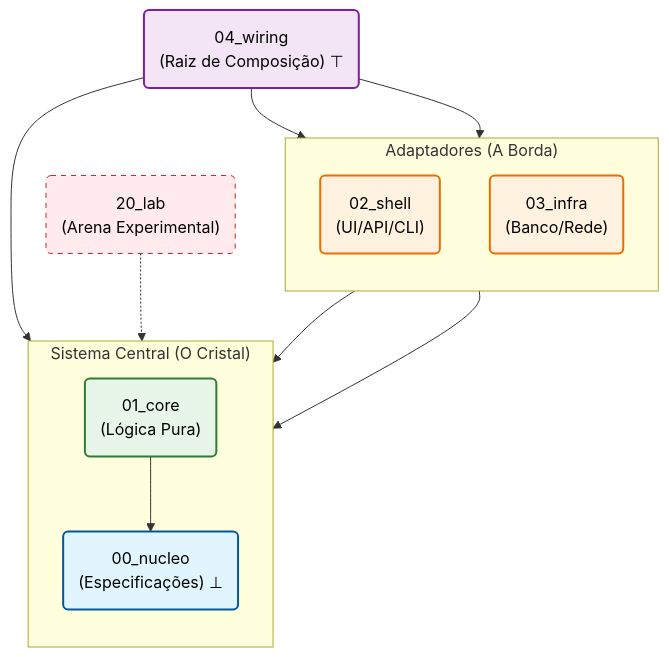
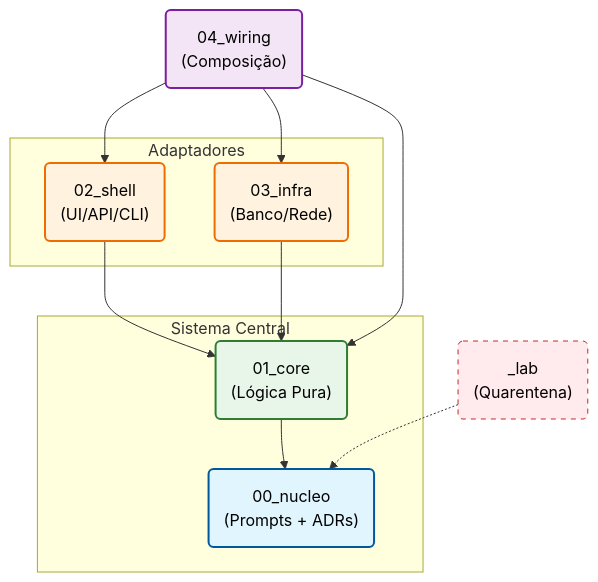
One commit to Dikluwe/Tekt changed the diagram in README.pt.md. Above: the diagram before and after it, drawn with Mermaid. The commit also changed other lines of this file and 19 other files, not shown here.

Commit message:
refactor: Redefine `00_nucleo` as the source for structured prompts and clarify Tekt layer structure and associated legacy migration workflows.

````diff
--- a/README.pt.md
+++ b/README.pt.md
@@ -93,40 +42,35 @@
 ```mermaid
 graph TD
-    subgraph Crystal ["Sistema Central (O Cristal)"]
-        direction TB
-        N("00_nucleo<br>(Especificações) ⊥")
+    subgraph Crystal ["Sistema Central"]
+        N("00_nucleo<br>(Prompts + ADRs)")
         C("01_core<br>(Lógica Pura)")
     end
 
-    subgraph Adapters ["Adaptadores (A Borda)"]
-        direction TB
+    subgraph Adapters ["Adaptadores"]
         S("02_shell<br>(UI/API/CLI)")
         I("03_infra<br>(Banco/Rede)")
     end
 
-    W("04_wiring<br>(Raiz de Composição) ⊤")
-    L("20_lab<br>(Arena Experimental)")
+    W("04_wiring<br>(Composição)")
+    L("_lab<br>(Quarentena)")
 
-
-    %% Dependências (setas apontam para o que é dependido)
     C --> N
     S --> C
     I --> C
     W --> S
     W --> I
     W --> C
     L -.-> N
-    
-    %% Estilos
+
     classDef nucleus fill:#e1f5fe,stroke:#01579b,stroke-width:2px,color:black;
     classDef core fill:#e8f5e9,stroke:#2e7d32,stroke-width:2px,color:black;
     classDef adapters fill:#fff3e0,stroke:#ef6c00,stroke-width:2px,color:black;
     classDef wiring fill:#f3e5f5,stroke:#7b1fa2,stroke-width:2px,color:black;
     classDef lab fill:#ffebee,stroke:#c62828,stroke-dasharray: 5 5,color:black;
 
     class N nucleus;
     class C core;
     class S,I adapters;
     class W wiring;
     class L lab;
 ```
````
